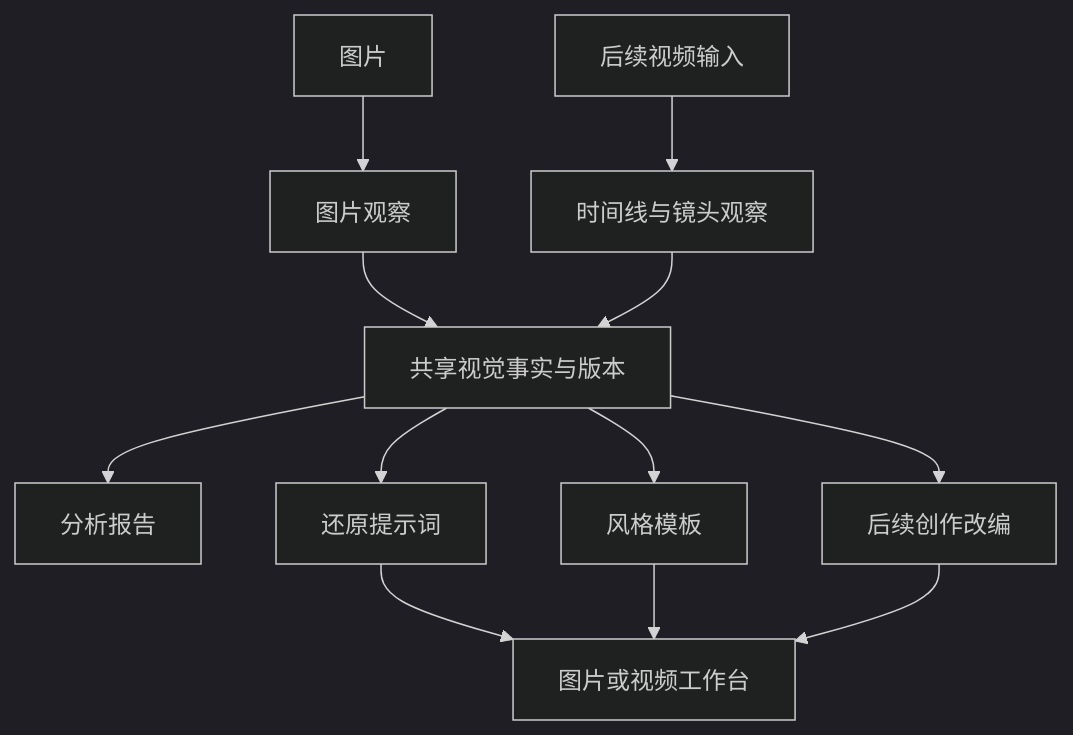
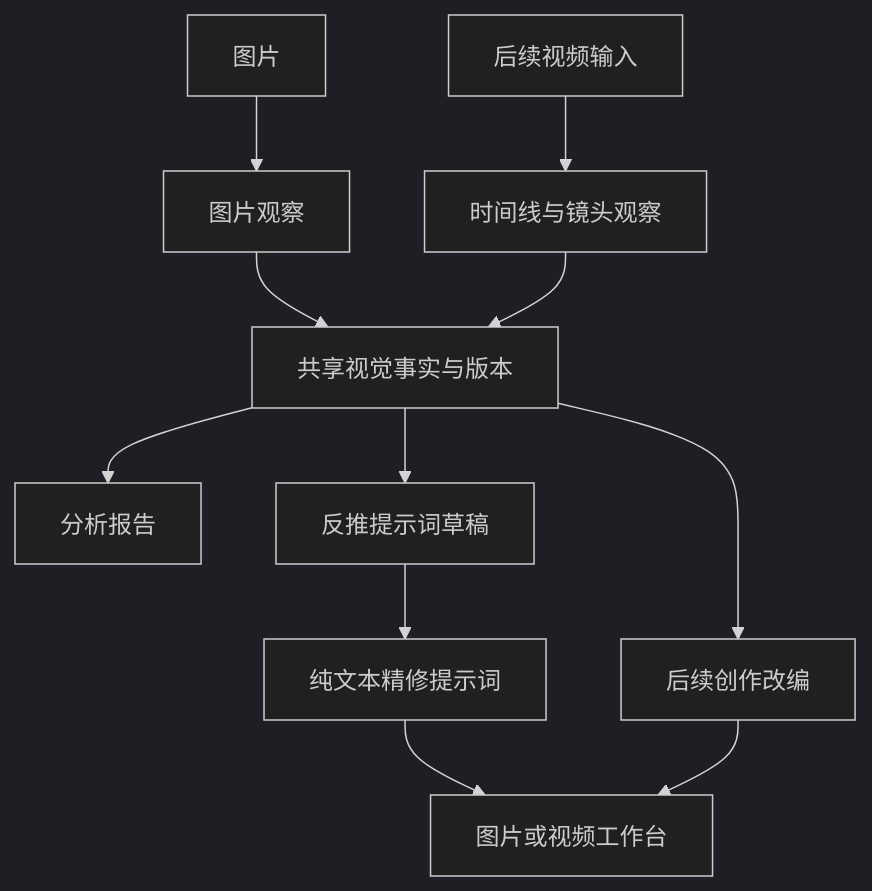
The diagram in docs/hitflare/VISUAL_ANALYSIS_AND_REVERSE_PROMPT_UPGRADE_PLAN.md (Jetson998/HitFlare), drawn with Mermaid (dark theme) before and after one commit. The commit also changed other lines of this file and 34 other files, not shown here.

````diff
--- a/docs/hitflare/VISUAL_ANALYSIS_AND_REVERSE_PROMPT_UPGRADE_PLAN.md
+++ b/docs/hitflare/VISUAL_ANALYSIS_AND_REVERSE_PROMPT_UPGRADE_PLAN.md
@@ -43,14 +43,13 @@
 ```mermaid
 flowchart TD
     I[图片] --> IO[图片观察]
     V[后续视频输入] --> VO[时间线与镜头观察]
     IO --> F[共享视觉事实与版本]
     VO --> F
     F --> A[分析报告]
-    F --> R[还原提示词]
-    F --> S[风格模板]
+    F --> D[反推提示词草稿]
+    D --> R[纯文本精修提示词]
     F --> C[后续创作改编]
     R --> W[图片或视频工作台]
-    S --> W
     C --> W
 ```
````
